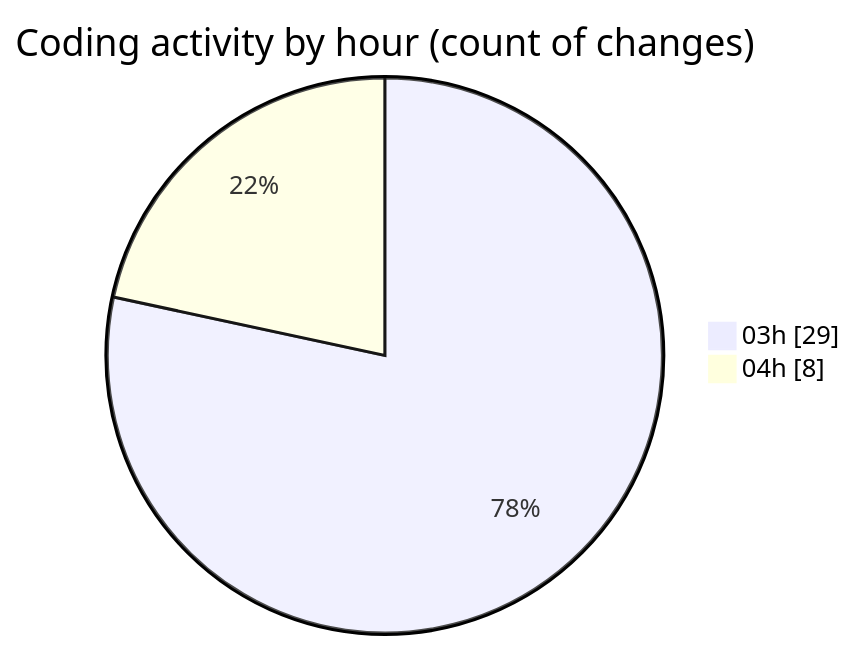
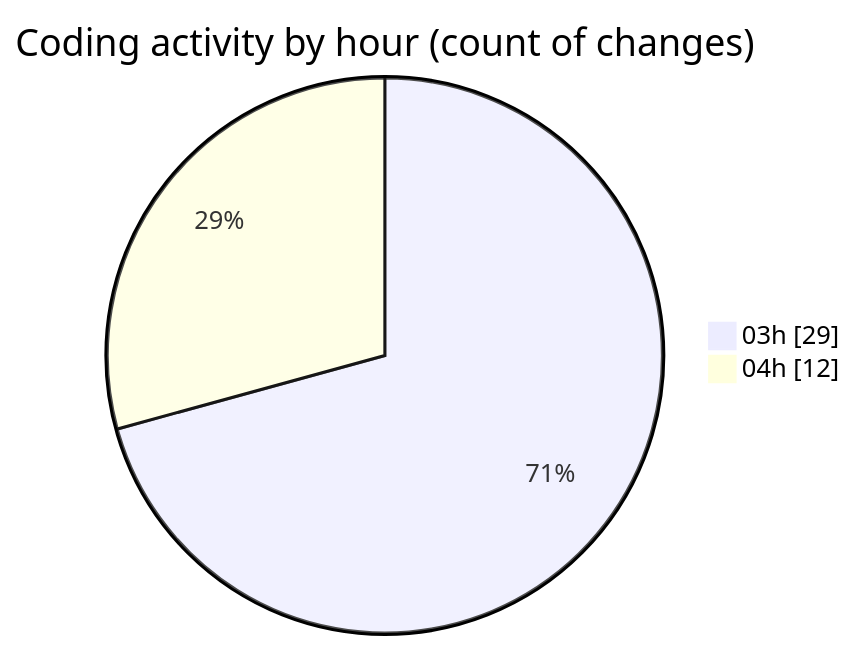
The second of 2 diagrams in 2025-09-07/quytuthien_vn/README.md (lephambinh05/code-tracking), drawn with Mermaid before and after one commit. The commit also changed other lines of this file and 1 other file, not shown here.

````diff
--- a/2025-09-07/quytuthien_vn/README.md
+++ b/2025-09-07/quytuthien_vn/README.md
@@ -32,6 +35,6 @@
 ```mermaid
 pie showData
 title Coding activity by hour (count of changes)
 "03h" : 29
-"04h" : 8
+"04h" : 12
 ```
````
